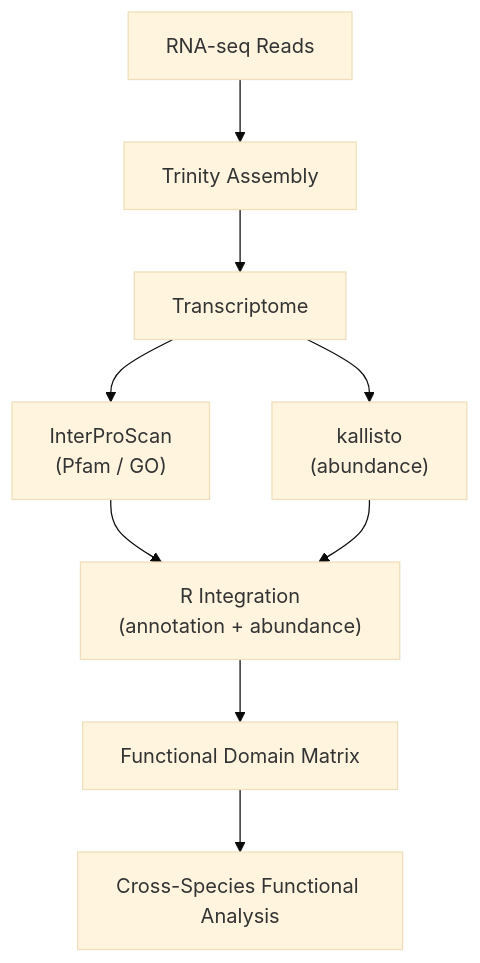
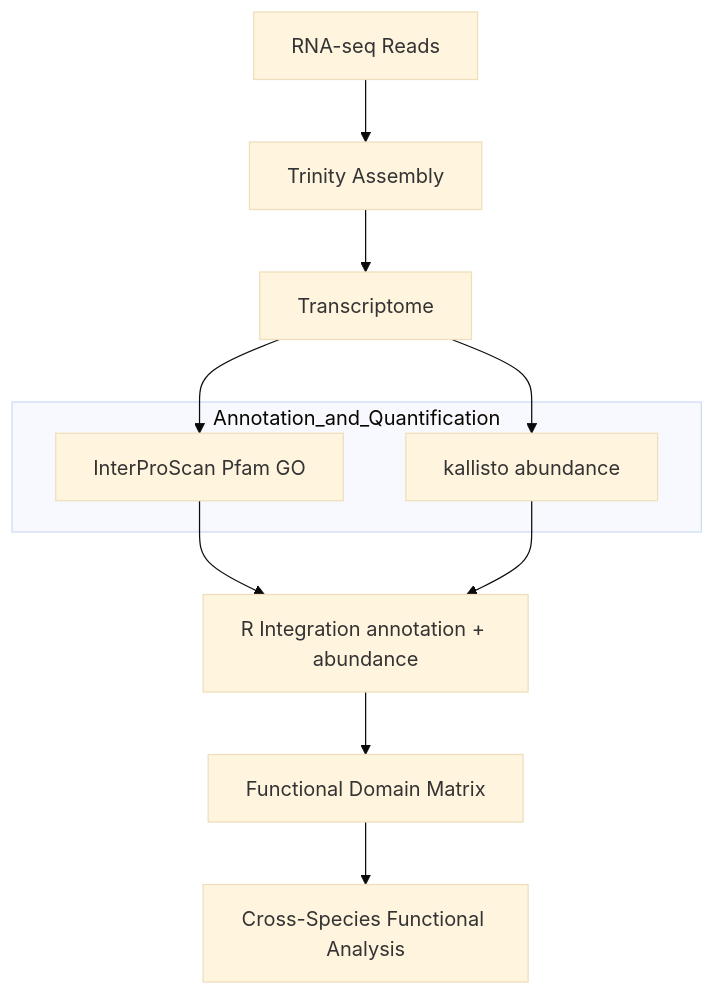
Before and after one commit to asifali-bio/plant: the diagram in README.md, drawn with Mermaid (base theme).

Commit message:
Mermaid diagram
Bug fix.

````diff
--- a/README.md
+++ b/README.md
@@ -43,15 +43,20 @@
 ```mermaid
 flowchart TD
 
 A[RNA-seq Reads] --> B[Trinity Assembly]
 B --> C[Transcriptome]
 
-C --> D["InterProScan\n(Pfam / GO)"]
-C --> E["kallisto\n(abundance)"]
+subgraph Annotation_and_Quantification
+D[InterProScan Pfam GO]
+E[kallisto abundance]
+end
 
-D --> F["R Integration\n(annotation + abundance)"]
+C --> D
+C --> E
+
+D --> F[R Integration annotation + abundance]
 E --> F
 
 F --> G[Functional Domain Matrix]
 G --> H[Cross-Species Functional Analysis]
 ```
````
